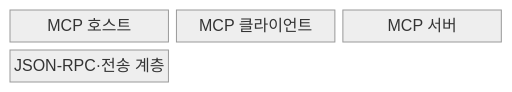
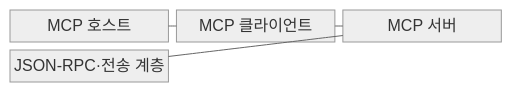
The first of 2 diagrams in src/content/docs/notes/08-latest-tech/006_model_context_protocol.md (agnusdei1207/knowledge-base), drawn with Mermaid (neutral theme) before and after one commit. The commit also changed other lines of this file and 228 other files, not shown here.

````diff
--- a/src/content/docs/notes/08-latest-tech/006_model_context_protocol.md
+++ b/src/content/docs/notes/08-latest-tech/006_model_context_protocol.md
@@ -54,8 +54,11 @@
 ```mermaid
 block-beta
     columns 3
     H["MCP 호스트"]
     C["MCP 클라이언트"]
     T["MCP 서버"]
     S["JSON-RPC·전송 계층"]
+    H --- C
+    C --- T
+    T --- S
 ```
````
